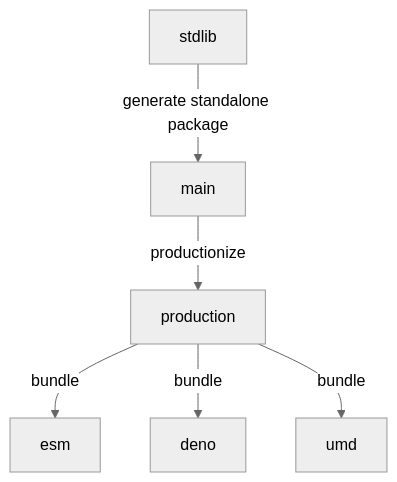
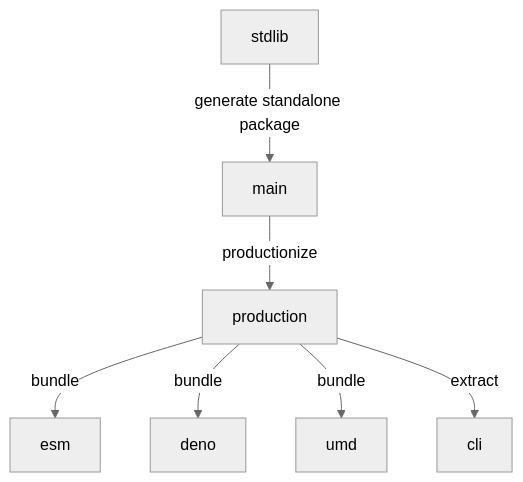
The diagram in branches.md (stdlib-js/string-num-grapheme-clusters), drawn with Mermaid (neutral theme) before and after one commit. The commit also changed other lines of this file and 8 other files, not shown here.

````diff
--- a/branches.md
+++ b/branches.md
@@ -33,15 +34,17 @@
 ```mermaid
 graph TD;
 A[stdlib]-->|generate standalone package|B;
 B[main] -->|productionize| C[production];
 C -->|bundle| D[esm];
 C -->|bundle| E[deno];
 C -->|bundle| F[umd];
+C -->|extract| G[cli];
 
-click A href "https://github.com/stdlib-js/stdlib/tree/develop/lib/node_modules/%40stdlib/string/num-grapheme-clusters"
-click B href "https://github.com/stdlib-js/string-num-grapheme-clusters/tree/main"
-click C href "https://github.com/stdlib-js/string-num-grapheme-clusters/tree/production"
-click D href "https://github.com/stdlib-js/string-num-grapheme-clusters/tree/esm"
-click E href "https://github.com/stdlib-js/string-num-grapheme-clusters/tree/deno"
-click F href "https://github.com/stdlib-js/string-num-grapheme-clusters/tree/umd"
+%% click A href "https://github.com/stdlib-js/stdlib/tree/develop/lib/node_modules/%40stdlib/string/num-grapheme-clusters"
+%% click B href "https://github.com/stdlib-js/string-num-grapheme-clusters/tree/main"
+%% click C href "https://github.com/stdlib-js/string-num-grapheme-clusters/tree/production"
+%% click D href "https://github.com/stdlib-js/string-num-grapheme-clusters/tree/esm"
+%% click E href "https://github.com/stdlib-js/string-num-grapheme-clusters/tree/deno"
+%% click F href "https://github.com/stdlib-js/string-num-grapheme-clusters/tree/umd"
+%% click G href "https://github.com/stdlib-js/string-num-grapheme-clusters/tree/cli"
 ```
````
